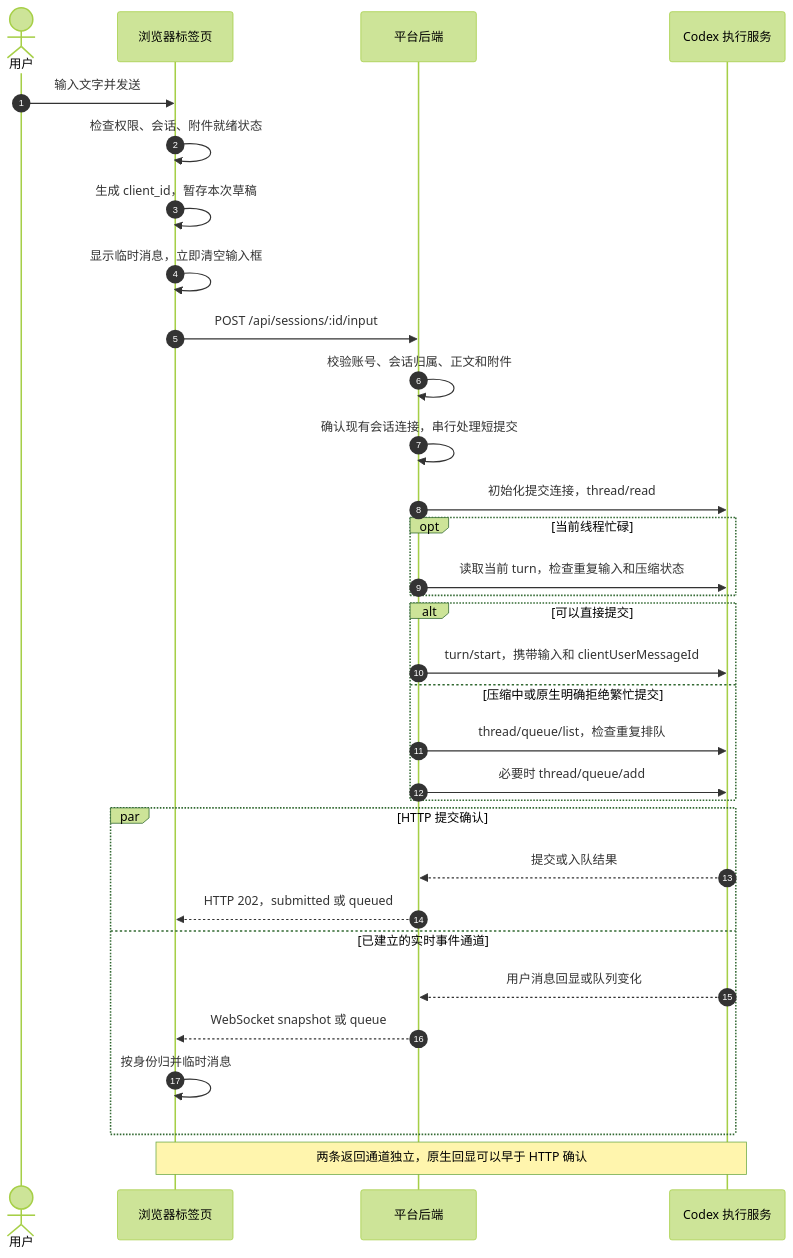
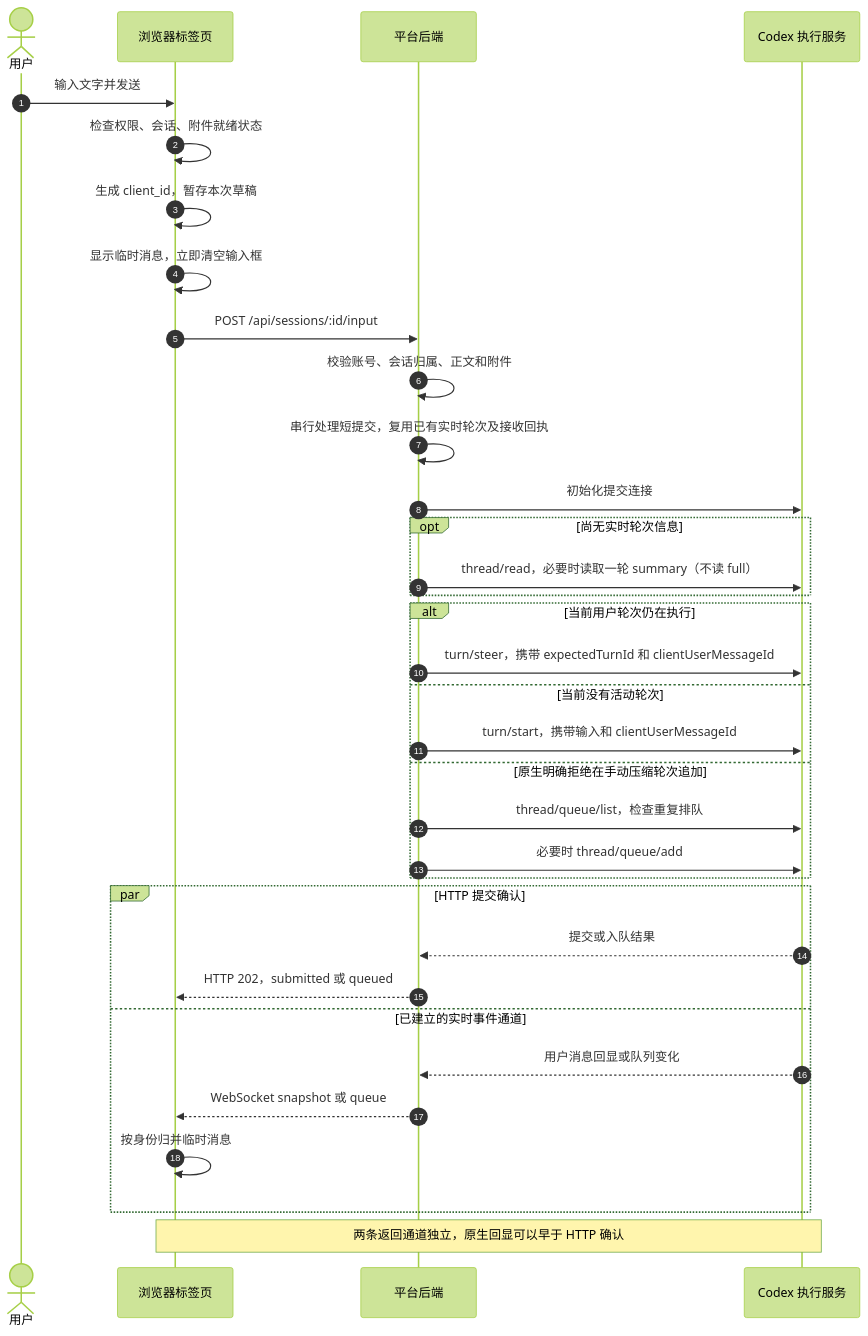
The first of 3 diagrams in docs/conversation-message-sequence.md (Poeagle/agentManager), drawn with Mermaid (forest theme) before and after one commit. The commit also changed other lines of this file and 26 other files, not shown here.

````diff
--- a/docs/conversation-message-sequence.md
+++ b/docs/conversation-message-sequence.md
@@ -17,34 +17,36 @@
 ```mermaid
 sequenceDiagram
     autonumber
     actor U as 用户
     participant B as 浏览器标签页
     participant P as 平台后端
     participant C as Codex 执行服务
     U->>B: 输入文字并发送
     B->>B: 检查权限、会话、附件就绪状态
     B->>B: 生成 client_id，暂存本次草稿
     B->>B: 显示临时消息，立即清空输入框
     B->>P: POST /api/sessions/:id/input
     P->>P: 校验账号、会话归属、正文和附件
-    P->>P: 确认现有会话连接，串行处理短提交
-    P->>C: 初始化提交连接，thread/read
-    opt 当前线程忙碌
-        P->>C: 读取当前 turn，检查重复输入和压缩状态
+    P->>P: 串行处理短提交，复用已有实时轮次及接收回执
+    P->>C: 初始化提交连接
+    opt 尚无实时轮次信息
+        P->>C: thread/read，必要时读取一轮 summary（不读 full）
     end
-    alt 可以直接提交
+    alt 当前用户轮次仍在执行
+        P->>C: turn/steer，携带 expectedTurnId 和 clientUserMessageId
+    else 当前没有活动轮次
         P->>C: turn/start，携带输入和 clientUserMessageId
-    else 压缩中或原生明确拒绝繁忙提交
+    else 原生明确拒绝在手动压缩轮次追加
         P->>C: thread/queue/list，检查重复排队
         P->>C: 必要时 thread/queue/add
     end
     par HTTP 提交确认
         C-->>P: 提交或入队结果
         P-->>B: HTTP 202，submitted 或 queued
     and 已建立的实时事件通道
         C-->>P: 用户消息回显或队列变化
         P-->>B: WebSocket snapshot 或 queue
         B->>B: 按身份归并临时消息
     end
     Note over B,C: 两条返回通道独立，原生回显可以早于 HTTP 确认
 ```
````
